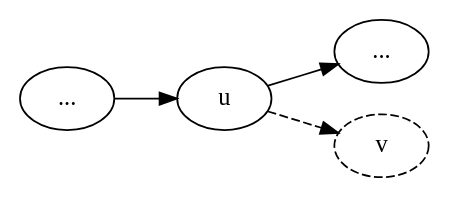
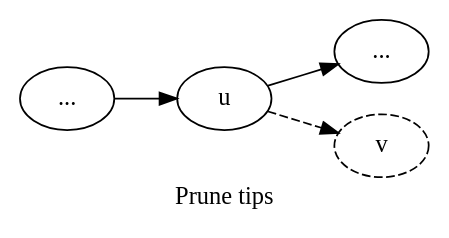
One commit to sjackman/abyss-scaffold-paper changed the diagram in tip.dot. Above: the diagram before and after it, drawn with Graphviz. The commit also changed 7 other files, not shown here.

Commit message:
Create a montage of the graph patterns

```diff
--- a/tip.dot
+++ b/tip.dot
@@ -1,9 +1,10 @@
 digraph "tip" {
+label = "Prune tips"
 graph [rankdir="LR"]
 t1 [label="..."]
 v1 [label="..."]
 v [style="dashed"]
 t1 -> u
 u -> v1
 u -> v [style="dashed"]
 }
```
